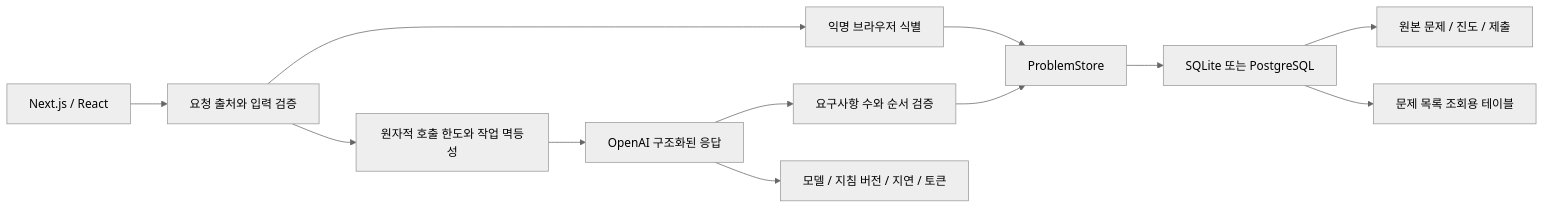
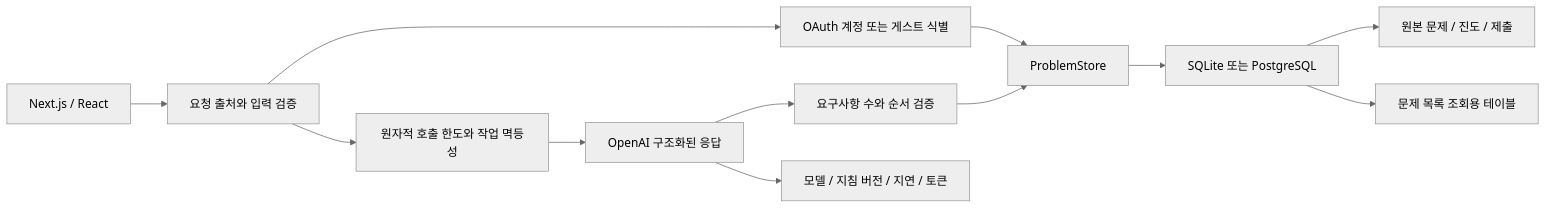
Before and after one commit to kwakhyun/codefit: the diagram in docs/engineering.md, drawn with Mermaid (neutral theme). The commit also changed other lines of this file and 63 other files, not shown here.

````diff
--- a/docs/engineering.md
+++ b/docs/engineering.md
@@ -19,14 +19,14 @@
 ```mermaid
 flowchart LR
   UI[Next.js / React] --> API[요청 출처와 입력 검증]
-  API --> Session[익명 브라우저 식별]
+  API --> Session[OAuth 계정 또는 게스트 식별]
   Session --> Store[ProblemStore]
   Store --> SQL[SQLite 또는 PostgreSQL]
   SQL --> Original[원본 문제 / 진도 / 제출]
   SQL --> Catalog[문제 목록 조회용 테이블]
   API --> Limit[원자적 호출 한도와 작업 멱등성]
   Limit --> AI[OpenAI 구조화된 응답]
   AI --> Validate[요구사항 수와 순서 검증]
   Validate --> Store
   AI --> Usage[모델 / 지침 버전 / 지연 / 토큰]
 ```
````
